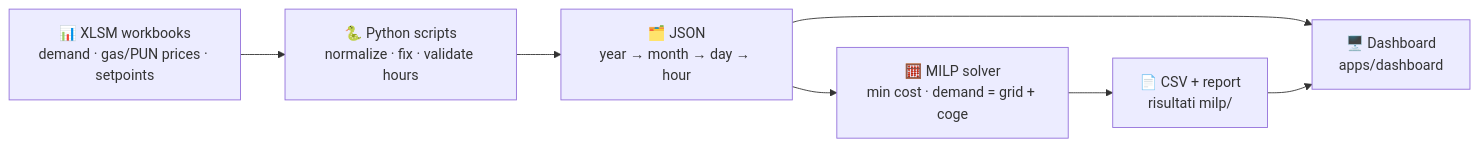
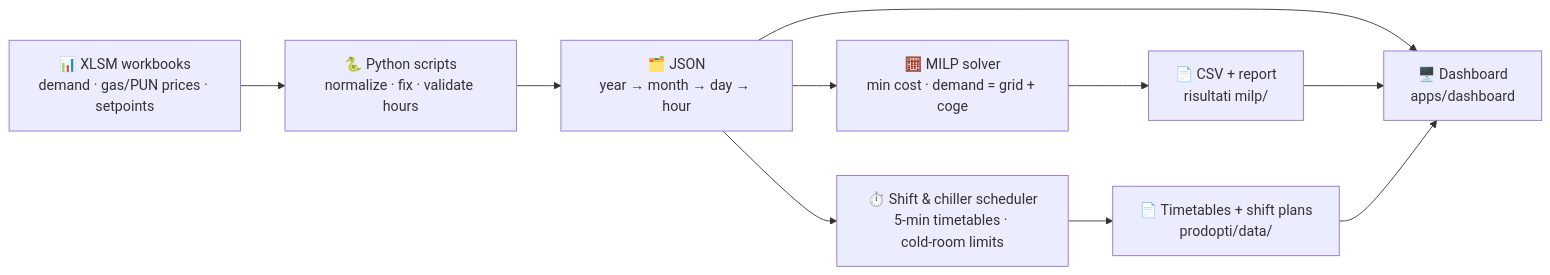
Before and after one commit to ViDem02/concast-dashboard-main: the diagram in README.md, drawn with Mermaid. The commit also changed other lines of this file, not shown here.

````diff
--- a/README.md
+++ b/README.md
@@ -72,9 +98,12 @@
 ```mermaid
 flowchart LR
     A["📊 XLSM workbooks<br/>demand · gas/PUN prices · setpoints"] --> B["🐍 Python scripts<br/>normalize · fix · validate hours"]
     B --> C["🗂️ JSON<br/>year → month → day → hour"]
     C --> D["🖥️ Dashboard<br/>apps/dashboard"]
     C --> E["🧮 MILP solver<br/>min cost · demand = grid + coge"]
     E --> F["📄 CSV + report<br/>risultati milp/"]
     F --> D
+    C --> G["⏱️ Shift & chiller scheduler<br/>5‑min timetables · cold‑room limits"]
+    G --> H["📄 Timetables + shift plans<br/>prodopti/data/"]
+    H --> D
 ```
````
